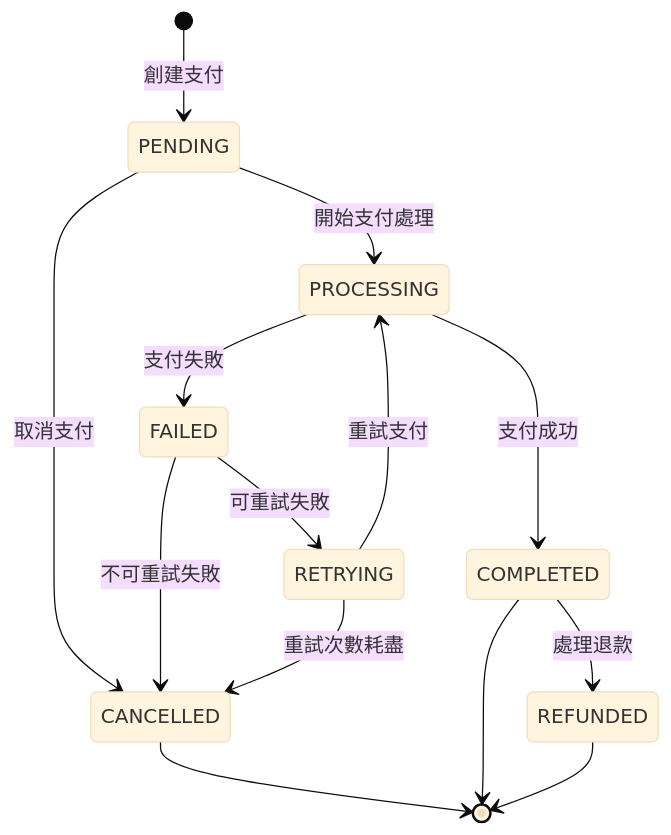
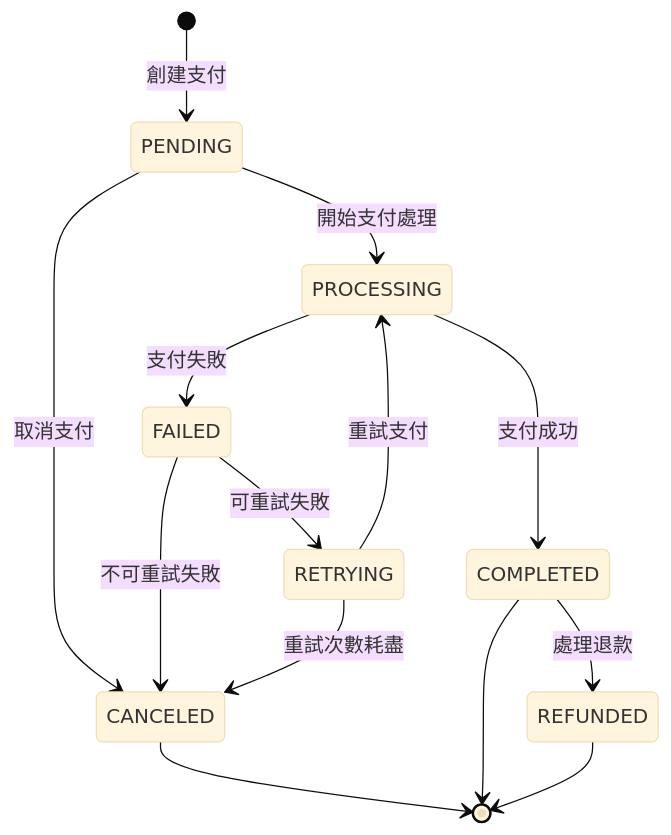
One commit to xxxhand/auto-payment-sample changed the second of 4 diagrams in docs/architecture/state-machine.md. Above: the diagram before and after it, drawn with Mermaid (base theme). The commit also changed other lines of this file and 7 other files, not shown here.

````diff
--- a/docs/architecture/state-machine.md
+++ b/docs/architecture/state-machine.md
@@ -170,22 +181,22 @@
 ```mermaid
 stateDiagram-v2
-    [*] --> PENDING : 創建支付
-    
-    PENDING --> PROCESSING : 開始支付處理
-    PENDING --> CANCELLED : 取消支付
-    
-    PROCESSING --> COMPLETED : 支付成功
-    PROCESSING --> FAILED : 支付失敗
-    
-    FAILED --> RETRYING : 可重試失敗
-    FAILED --> CANCELLED : 不可重試失敗
-    
-    RETRYING --> PROCESSING : 重試支付
-    RETRYING --> CANCELLED : 重試次數耗盡
-    
-    COMPLETED --> REFUNDED : 處理退款
-    
-    CANCELLED --> [*]
-    COMPLETED --> [*]
-    REFUNDED --> [*]
+  [*] --> PENDING : 創建支付
+
+  PENDING --> PROCESSING : 開始支付處理
+  PENDING --> CANCELED : 取消支付
+
+  PROCESSING --> COMPLETED : 支付成功
+  PROCESSING --> FAILED : 支付失敗
+
+  FAILED --> RETRYING : 可重試失敗
+  FAILED --> CANCELED : 不可重試失敗
+
+  RETRYING --> PROCESSING : 重試支付
+  RETRYING --> CANCELED : 重試次數耗盡
+
+  COMPLETED --> REFUNDED : 處理退款
+
+  CANCELED --> [*]
+  COMPLETED --> [*]
+  REFUNDED --> [*]
 ```
````
